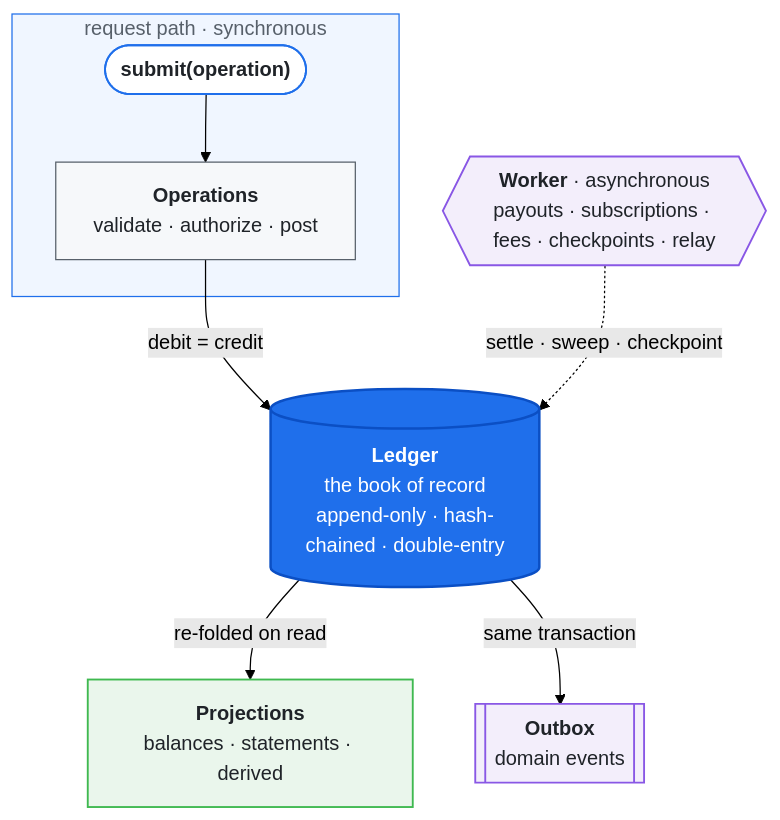
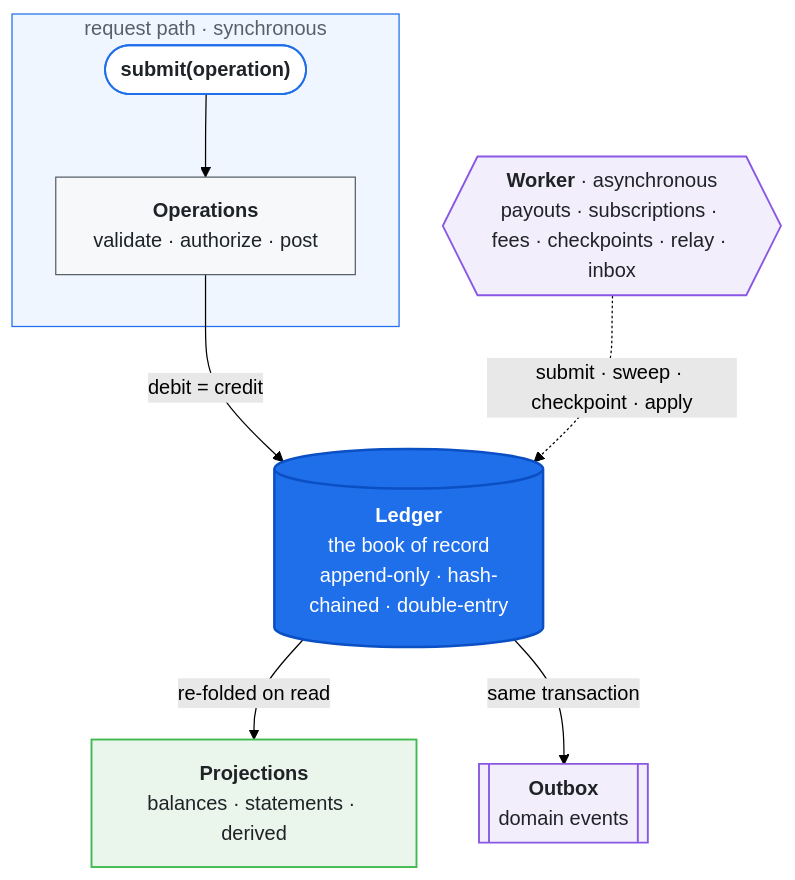
One commit to pwngh/economy-lab changed the diagram in README.md. Above: the diagram before and after it, drawn with Mermaid (forest theme). The commit also changed other lines of this file and 49 other files, not shown here.

````diff
--- a/README.md
+++ b/README.md
@@ -60,32 +60,32 @@
 ```mermaid
 flowchart TB
     subgraph sync["request path · synchronous"]
         Client(["`**submit(operation)**`"]):::entry
         Ops["`**Operations**
         validate · authorize · post`"]:::proc
         Client --> Ops
     end
 
     Ledger[("`**Ledger**
     the book of record
     append-only · hash-chained · double-entry`")]:::truth
     Reads["`**Projections**
     balances · statements · derived`"]:::derived
     Outbox[["`**Outbox**
     domain events`"]]:::evt
     Worker{{"`**Worker** · asynchronous
-    payouts · subscriptions · fees · checkpoints · relay`"}}:::worker
+    payouts · subscriptions · fees · checkpoints · relay · inbox`"}}:::worker
 
     Ops -- "debit = credit" --> Ledger
     Ledger -- "re-folded on read" --> Reads
     Ledger -- "same transaction" --> Outbox
-    Worker -. "settle · sweep · checkpoint" .-> Ledger
+    Worker -. "submit · sweep · checkpoint · apply" .-> Ledger
 
     classDef entry fill:#ffffff,stroke:#1f6feb,stroke-width:1.5px,color:#1f2328;
     classDef proc fill:#f6f8fa,stroke:#57606a,stroke-width:1px,color:#1f2328;
     classDef truth fill:#1f6feb,stroke:#0b4fc4,stroke-width:2px,color:#ffffff;
     classDef derived fill:#eaf6ec,stroke:#3fb950,stroke-width:1.5px,color:#1f2328;
     classDef evt fill:#f3eefb,stroke:#8957e5,stroke-width:1.5px,color:#1f2328;
     classDef worker fill:#f3eefb,stroke:#8957e5,stroke-width:1.5px,color:#1f2328;
     style sync fill:#f0f6ff,stroke:#1f6feb,stroke-width:1px,color:#57606a;
 ```
````
